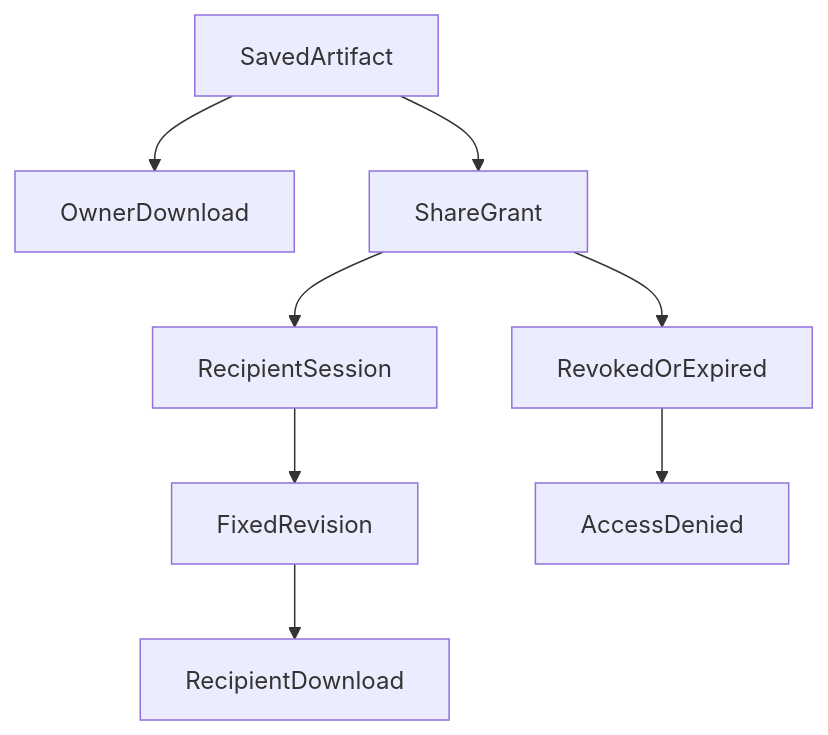
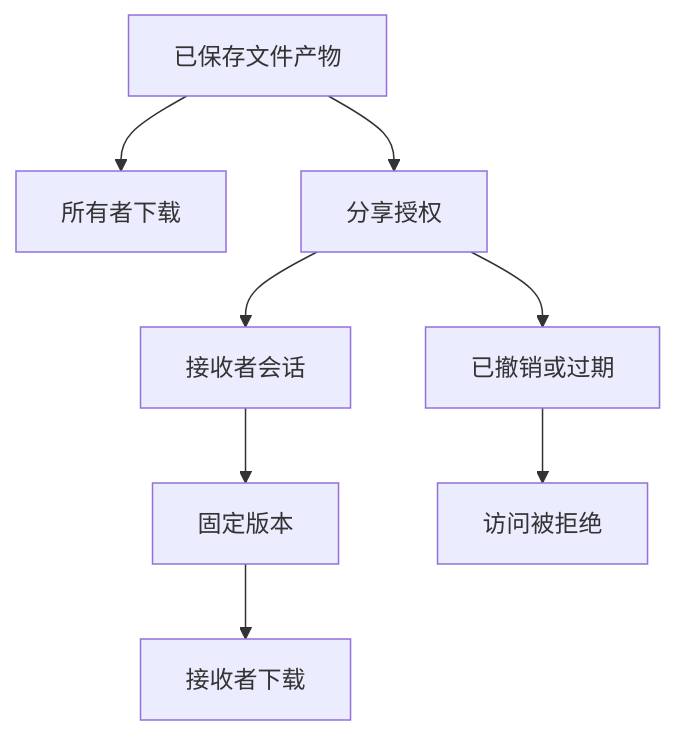
Before and after one commit to hpoenixf/eff-agent-article: the third of 4 diagrams in articles/agent-html-evolution-challenges.md, drawn with Mermaid. The commit also changed other lines of this file and 52 other files, not shown here.

Commit message:
docs: localize diagrams and clarify flagship guides

````diff
--- a/articles/agent-html-evolution-challenges.md
+++ b/articles/agent-html-evolution-challenges.md
@@ -86,10 +86,10 @@
 ```mermaid
 graph TD
-SavedArtifact --> OwnerDownload
-SavedArtifact --> ShareGrant
-ShareGrant --> RecipientSession
-RecipientSession --> FixedRevision
-FixedRevision --> RecipientDownload
-ShareGrant --> RevokedOrExpired
-RevokedOrExpired --> AccessDenied
+SavedArtifact["已保存文件产物"] --> OwnerDownload["所有者下载"]
+SavedArtifact --> ShareGrant["分享授权"]
+ShareGrant --> RecipientSession["接收者会话"]
+RecipientSession --> FixedRevision["固定版本"]
+FixedRevision --> RecipientDownload["接收者下载"]
+ShareGrant --> RevokedOrExpired["已撤销或过期"]
+RevokedOrExpired --> AccessDenied["访问被拒绝"]
 ```
````
